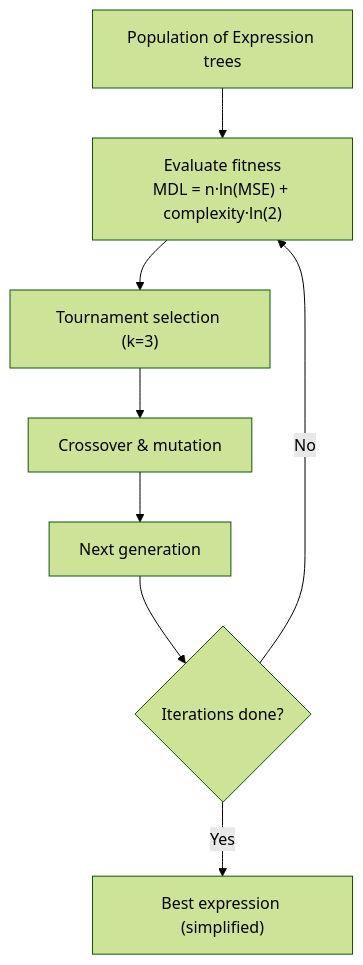
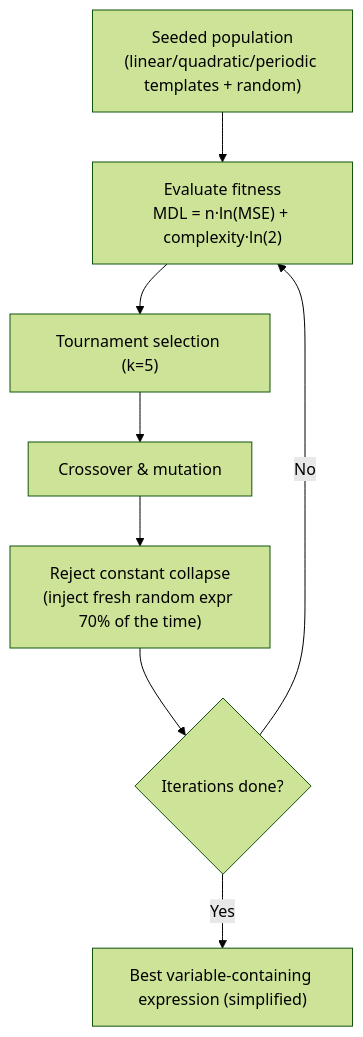
One commit to wiseaidotdev/lmm changed the second of 3 diagrams in README.md. Above: the diagram before and after it, drawn with Mermaid (forest theme). The commit also changed other lines of this file and 7 other files, not shown here.

````diff
--- a/README.md
+++ b/README.md
@@ -325,14 +368,14 @@
 ```mermaid
 flowchart TD
-    A["Population of Expression trees"]
+    A["Seeded population\n(linear/quadratic/periodic templates + random)"]
     B["Evaluate fitness\nMDL = n·ln(MSE) + complexity·ln(2)"]
-    C["Tournament selection (k=3)"]
+    C["Tournament selection (k=5)"]
     D["Crossover & mutation"]
-    E["Next generation"]
+    E["Reject constant collapse\n(inject fresh random expr 70% of the time)"]
     F{Iterations done?}
-    G["Best expression (simplified)"]
+    G["Best variable-containing expression (simplified)"]
 
     A --> B --> C --> D --> E --> F
     F -- No --> B
     F -- Yes --> G
 ```
````
